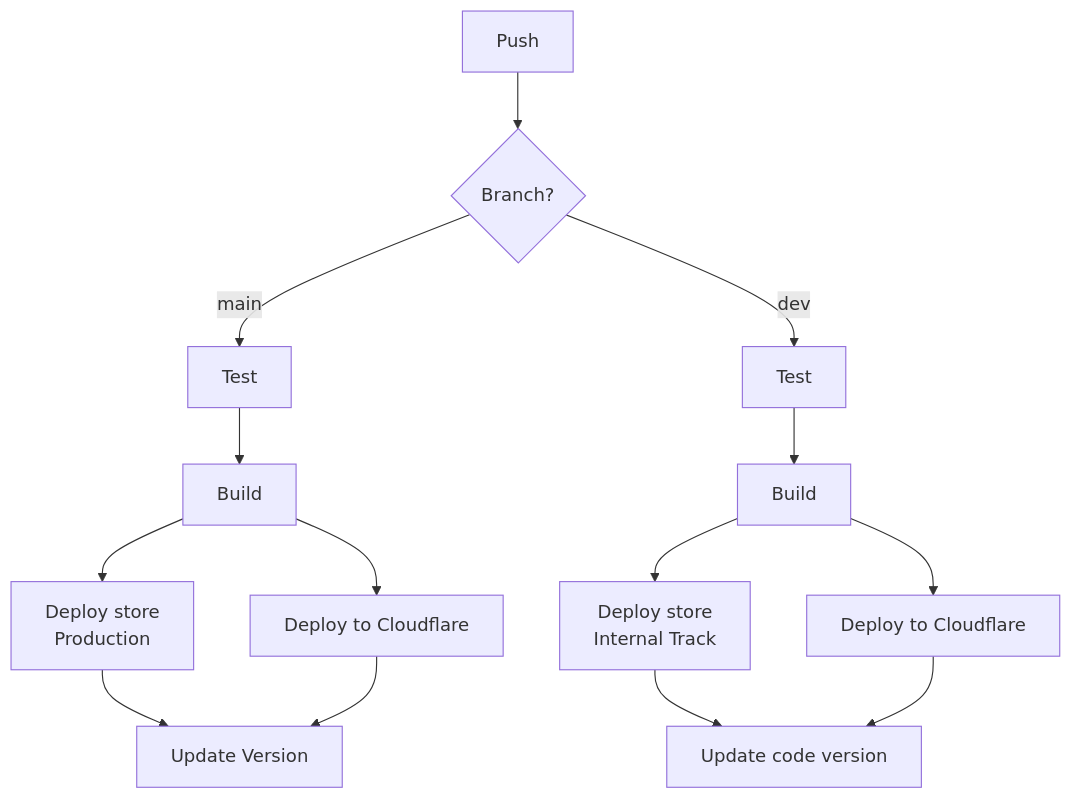
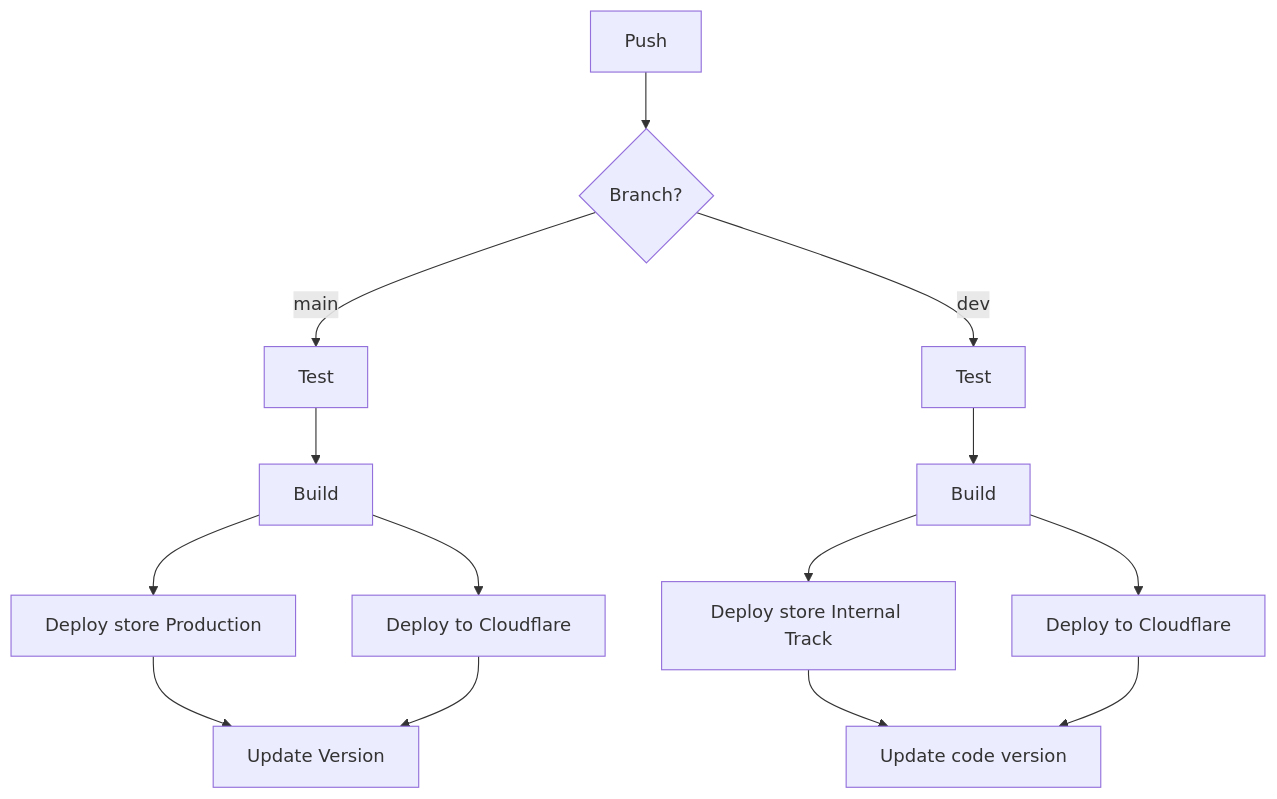
Before and after one commit to Breviarium-app/breviarium--app: the diagram in README.md, drawn with Mermaid.

Commit message:
feat: update mermaid flow chart

````diff
--- a/README.md
+++ b/README.md
@@ -48,15 +48,15 @@
 ```mermaid
 flowchart TB
     A["Push"] --> B{"Branch?"}
     B -- main --> C["Test"]
     B -- dev --> G["Test"]
     C --> D["Build"]
-    D --> E["Deploy store\nProduction"] & F["Deploy to Cloudflare"]
+    D --> E["Deploy store Production"] & F["Deploy to Cloudflare"]
     E --> H["Update Version"]
     F --> H
     G --> I["Build"]
-    I --> J["Deploy store\nInternal Track"] & K["Deploy to Cloudflare"]
+    I --> J["Deploy store Internal Track"] & K["Deploy to Cloudflare"]
     J --> L["Update code version"]
     K --> L
 
 ```
````
